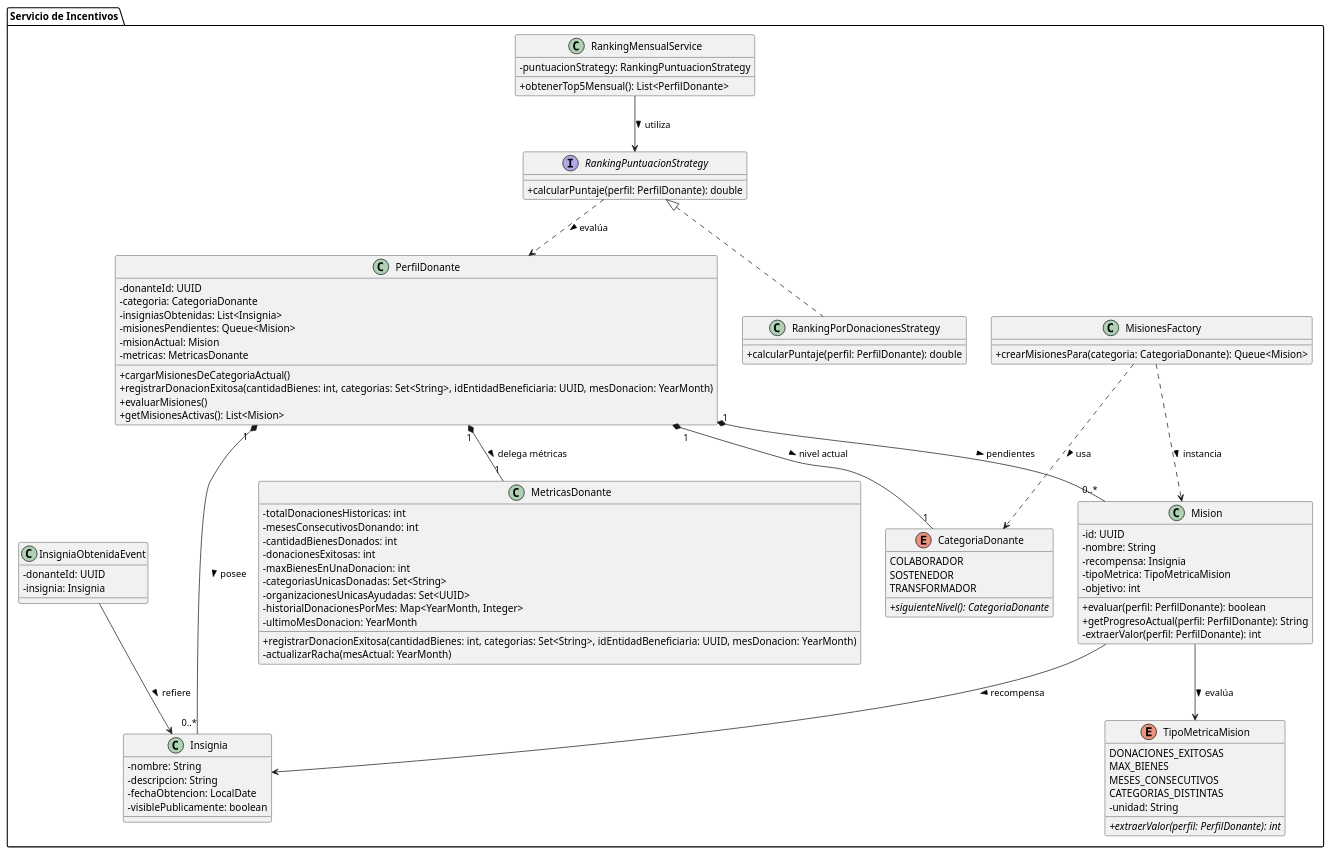
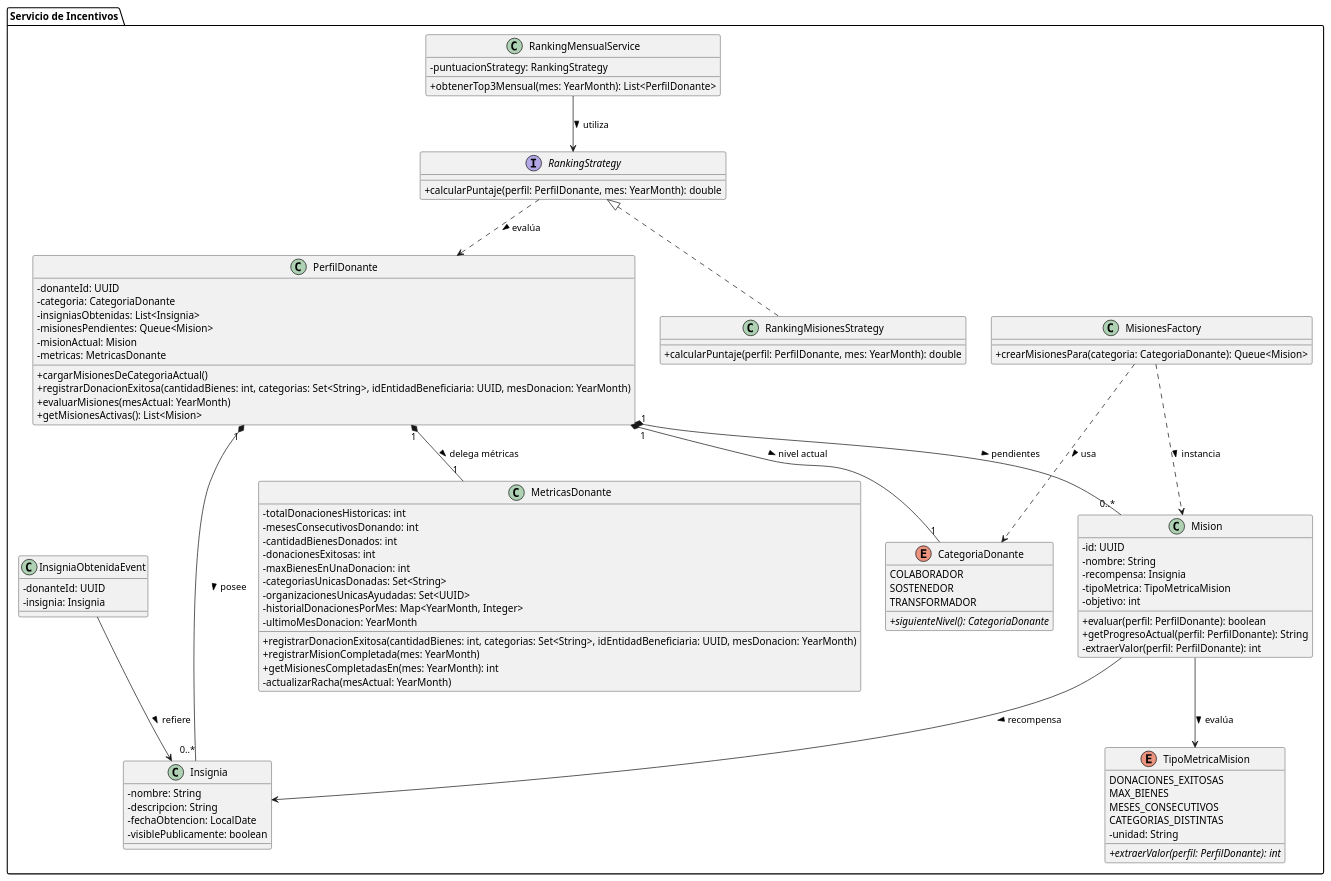
The diagram in diagramas/incentivos/ServicioIncentivos.puml (matefernandezcc/DonaTrack), drawn with PlantUML before and after one commit. The commit also changed 10 other files, not shown here.

```diff
--- a/diagramas/incentivos/ServicioIncentivos.puml
+++ b/diagramas/incentivos/ServicioIncentivos.puml
@@ -1,111 +1,113 @@
 @startuml ServicioIncentivos.puml
 skinparam classAttributeIconSize 0
 
 package "Servicio de Incentivos" {
 
     enum CategoriaDonante {
         COLABORADOR
         SOSTENEDOR
         TRANSFORMADOR
         + {abstract} siguienteNivel(): CategoriaDonante
     }
 
     enum TipoMetricaMision {
         DONACIONES_EXITOSAS
         MAX_BIENES
         MESES_CONSECUTIVOS
         CATEGORIAS_DISTINTAS
         - unidad: String
         + {abstract} extraerValor(perfil: PerfilDonante): int
     }
 
 
     class PerfilDonante {
         - donanteId: UUID
         - categoria: CategoriaDonante
         - insigniasObtenidas: List<Insignia>
         - misionesPendientes: Queue<Mision>
         - misionActual: Mision
         - metricas: MetricasDonante
         + cargarMisionesDeCategoriaActual()
         + registrarDonacionExitosa(cantidadBienes: int, categorias: Set<String>, idEntidadBeneficiaria: UUID, mesDonacion: YearMonth)
-        + evaluarMisiones()
+        + evaluarMisiones(mesActual: YearMonth)
         + getMisionesActivas(): List<Mision>
     }
 
     class MetricasDonante {
         - totalDonacionesHistoricas: int
         - mesesConsecutivosDonando: int
         - cantidadBienesDonados: int
         - donacionesExitosas: int
         - maxBienesEnUnaDonacion: int
         - categoriasUnicasDonadas: Set<String>
         - organizacionesUnicasAyudadas: Set<UUID>
         - historialDonacionesPorMes: Map<YearMonth, Integer>
         - ultimoMesDonacion: YearMonth
         + registrarDonacionExitosa(cantidadBienes: int, categorias: Set<String>, idEntidadBeneficiaria: UUID, mesDonacion: YearMonth)
+        + registrarMisionCompletada(mes: YearMonth)
+        + getMisionesCompletadasEn(mes: YearMonth): int
         - actualizarRacha(mesActual: YearMonth)
     }
 
 
 
     class Mision {
         - id: UUID
         - nombre: String
         - recompensa: Insignia
         - tipoMetrica: TipoMetricaMision
         - objetivo: int
         + evaluar(perfil: PerfilDonante): boolean
         + getProgresoActual(perfil: PerfilDonante): String
         - extraerValor(perfil: PerfilDonante): int
     }
 
     class Insignia {
         - nombre: String
         - descripcion: String
         - fechaObtencion: LocalDate
         - visiblePublicamente: boolean
     }
 
     class InsigniaObtenidaEvent {
         - donanteId: UUID
         - insignia: Insignia
     }
 
     class MisionesFactory {
         + crearMisionesPara(categoria: CategoriaDonante): Queue<Mision>
     }
 
     class RankingMensualService {
-        - puntuacionStrategy: RankingPuntuacionStrategy
-        + obtenerTop5Mensual(): List<PerfilDonante>
+        - puntuacionStrategy: RankingStrategy
+        + obtenerTop3Mensual(mes: YearMonth): List<PerfilDonante>
     }
 
-    interface RankingPuntuacionStrategy {
-        + calcularPuntaje(perfil: PerfilDonante): double
+    interface RankingStrategy {
+        + calcularPuntaje(perfil: PerfilDonante, mes: YearMonth): double
     }
 
-    class RankingPorDonacionesStrategy implements RankingPuntuacionStrategy {
-        + calcularPuntaje(perfil: PerfilDonante): double
+    class RankingMisionesStrategy implements RankingStrategy {
+        + calcularPuntaje(perfil: PerfilDonante, mes: YearMonth): double
     }
 
 
 
     ' Relaciones
     PerfilDonante "1" *-- "1" CategoriaDonante : nivel actual >
     PerfilDonante "1" *-- "0..*" Mision : pendientes >
     PerfilDonante "1" *-- "0..*" Insignia : posee >
 
     Mision --> Insignia : recompensa >
     Mision --> TipoMetricaMision : evalúa >
     PerfilDonante "1" *-- "1" MetricasDonante : delega métricas >
 
     MisionesFactory ..> Mision : instancia >
     MisionesFactory ..> CategoriaDonante : usa >
 
     InsigniaObtenidaEvent --> Insignia : refiere >
 
-    RankingMensualService --> RankingPuntuacionStrategy : utiliza >
-    RankingPuntuacionStrategy ..> PerfilDonante : evalúa >
+    RankingMensualService --> RankingStrategy : utiliza >
+    RankingStrategy ..> PerfilDonante : evalúa >
 }
 @enduml
```
